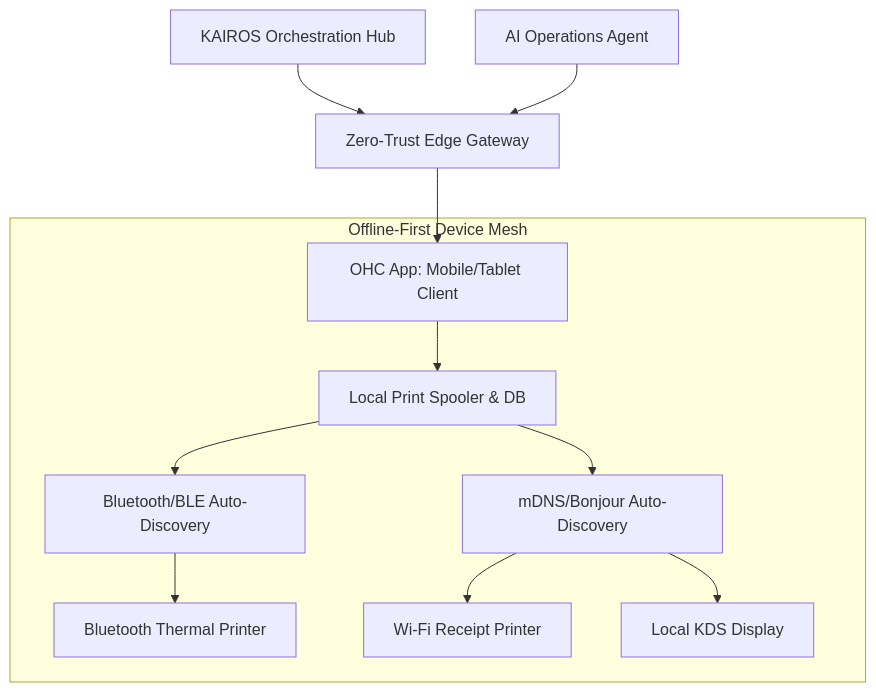
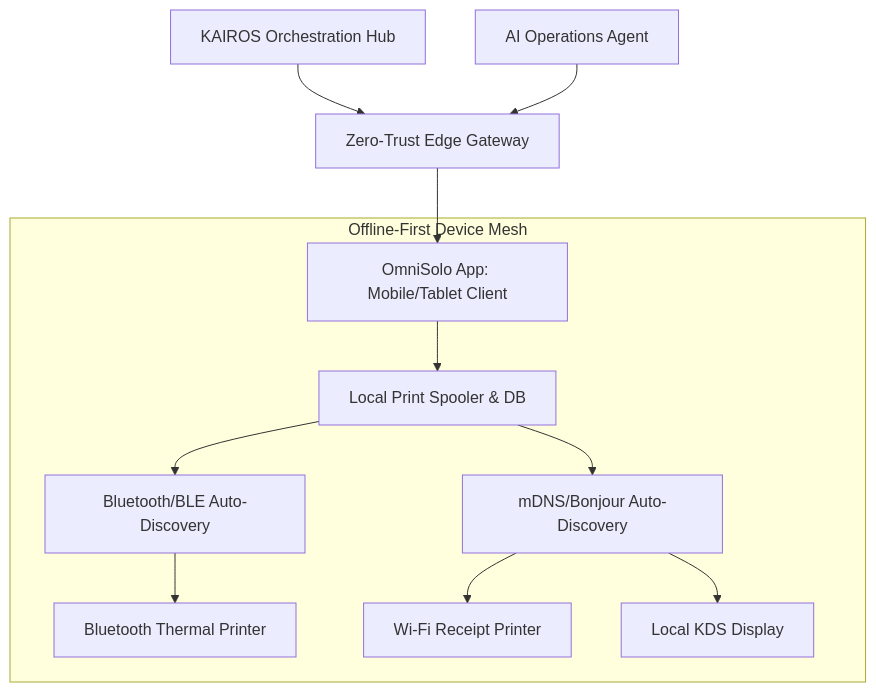
The first of 3 diagrams in docs/research/[architecture]_universal_offline_thermal_print_mesh.md (omnisolo-llc/onehumancorp), drawn with Mermaid before and after one commit. The commit also changed other lines of this file and 2191 other files, not shown here.

Commit message:
feat: complete OmniSolo rename and browser audit

````diff
--- a/docs/research/[architecture]_universal_offline_thermal_print_mesh.md
+++ b/docs/research/[architecture]_universal_offline_thermal_print_mesh.md
@@ -16,17 +16,17 @@
 ```mermaid
 graph TD;
     KAIROS[KAIROS Orchestration Hub] --> Gateway[Zero-Trust Edge Gateway];
-    Gateway --> OHC_Mobile[OHC App: Mobile/Tablet Client];
+    Gateway --> OMNISOLO_Mobile[OmniSolo App: Mobile/Tablet Client];
 
     subgraph Offline-First Device Mesh
-        OHC_Mobile --> PrintSpooler[Local Print Spooler & DB];
+        OMNISOLO_Mobile --> PrintSpooler[Local Print Spooler & DB];
         PrintSpooler --> BleDiscovery[Bluetooth/BLE Auto-Discovery];
         PrintSpooler --> WifiDiscovery[mDNS/Bonjour Auto-Discovery];
 
         BleDiscovery --> ThermalPrinter1[Bluetooth Thermal Printer];
         WifiDiscovery --> NetworkPrinter2[Wi-Fi Receipt Printer];
         WifiDiscovery --> KDS[Local KDS Display];
     end
 
     OperationsAgent[AI Operations Agent] --> Gateway;
 ```
````
